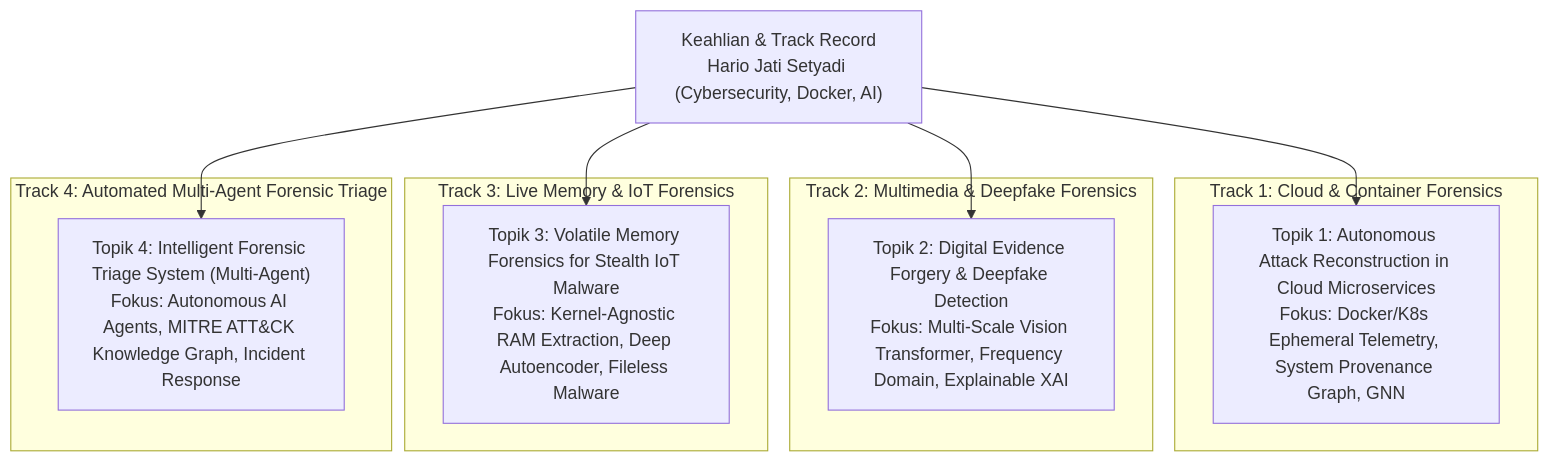
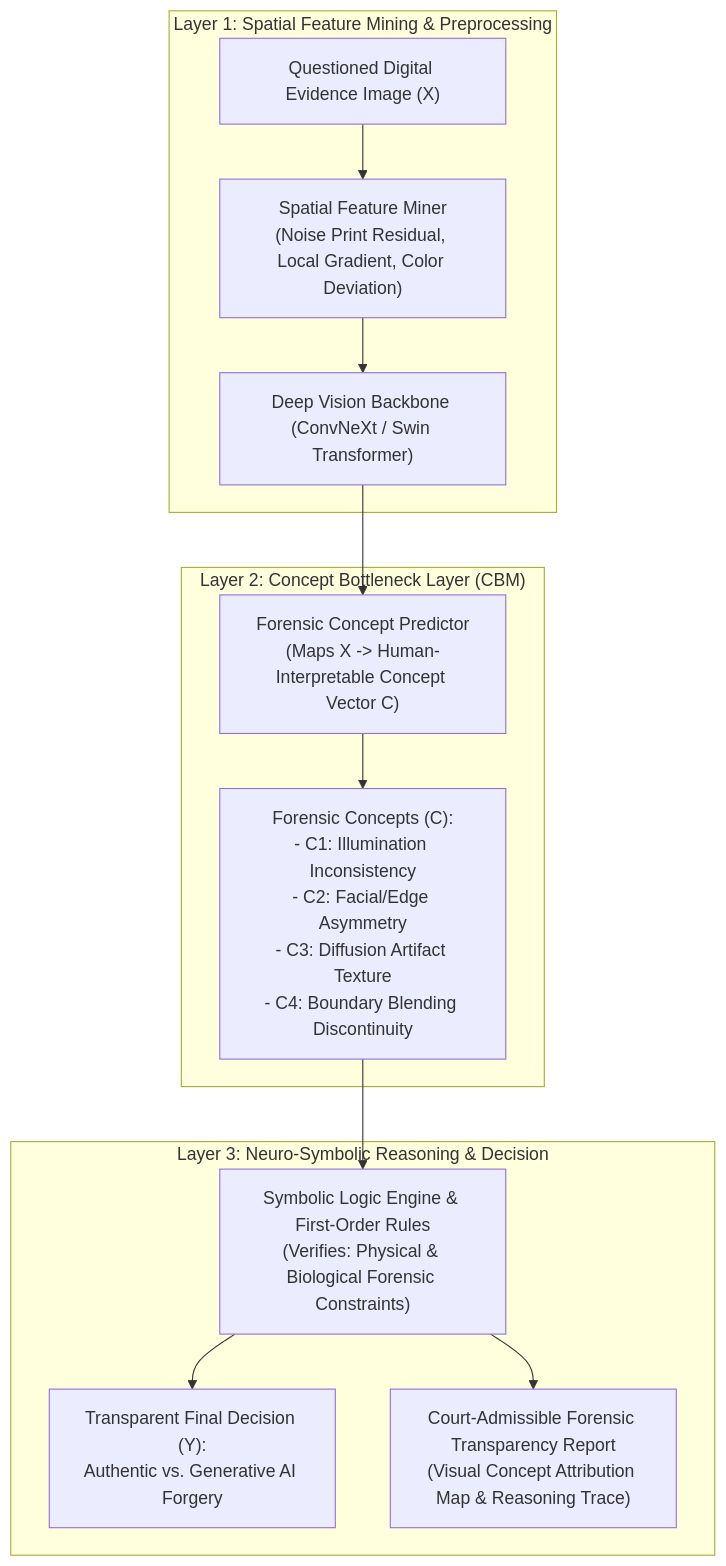
One commit to antonprafanto/hario changed the diagram in README.md. Above: the diagram before and after it, drawn with Mermaid. The commit also changed other lines of this file and 7 other files, not shown here.

Commit message:
feat(definitive): finalisasi proposal dan buku saku definitif topik Neuro-Symbolic Concept Bottleneck Generative AI Forensics untuk Pak Hario

````diff
--- a/README.md
+++ b/README.md
@@ -37,20 +36,27 @@
 ```mermaid
 graph TD
-    subgraph Track1 ["Track 1: Cloud & Container Forensics"]
-        T1["Topik 1: Autonomous Attack Reconstruction in Cloud Microservices<br/>Fokus: Docker/K8s Ephemeral Telemetry, System Provenance Graph, GNN"]
-    end
-    subgraph Track2 ["Track 2: Multimedia & Deepfake Forensics"]
-        T2["Topik 2: Digital Evidence Forgery & Deepfake Detection<br/>Fokus: Multi-Scale Vision Transformer, Frequency Domain, Explainable XAI"]
-    end
-    subgraph Track3 ["Track 3: Live Memory & IoT Forensics"]
-        T3["Topik 3: Volatile Memory Forensics for Stealth IoT Malware<br/>Fokus: Kernel-Agnostic RAM Extraction, Deep Autoencoder, Fileless Malware"]
-    end
-    subgraph Track4 ["Track 4: Automated Multi-Agent Forensic Triage"]
-        T4["Topik 4: Intelligent Forensic Triage System (Multi-Agent)<br/>Fokus: Autonomous AI Agents, MITRE ATT&CK Knowledge Graph, Incident Response"]
+    subgraph Layer1 ["Layer 1: Spatial Feature Mining & Preprocessing"]
+        InputImage["Questioned Digital Evidence Image (X)"]
+        SpatialMiner["Spatial Feature Miner<br/>(Noise Print Residual, Local Gradient, Color Deviation)"]
+        Backbone["Deep Vision Backbone (ConvNeXt / Swin Transformer)"]
     end
 
-    Profile["Keahlian & Track Record<br/>Hario Jati Setyadi (Cybersecurity, Docker, AI)"] --> T1
-    Profile --> T2
-    Profile --> T3
-    Profile --> T4
+    subgraph Layer2 ["Layer 2: Concept Bottleneck Layer (CBM)"]
+        ConceptPred["Forensic Concept Predictor<br/>(Maps X -> Human-Interpretable Concept Vector C)"]
+        Concepts["Forensic Concepts (C):<br/>- C1: Illumination Inconsistency<br/>- C2: Facial/Edge Asymmetry<br/>- C3: Diffusion Artifact Texture<br/>- C4: Boundary Blending Discontinuity"]
+    end
+
+    subgraph Layer3 ["Layer 3: Neuro-Symbolic Reasoning & Decision"]
+        LogicEngine["Symbolic Logic Engine & First-Order Rules<br/>(Verifies: Physical & Biological Forensic Constraints)"]
+        Classifier["Transparent Final Decision (Y):<br/>Authentic vs. Generative AI Forgery"]
+        AuditReport["Court-Admissible Forensic Transparency Report<br/>(Visual Concept Attribution Map & Reasoning Trace)"]
+    end
+
+    InputImage --> SpatialMiner
+    SpatialMiner --> Backbone
+    Backbone --> ConceptPred
+    ConceptPred --> Concepts
+    Concepts --> LogicEngine
+    LogicEngine --> Classifier
+    LogicEngine --> AuditReport
 ```
````
